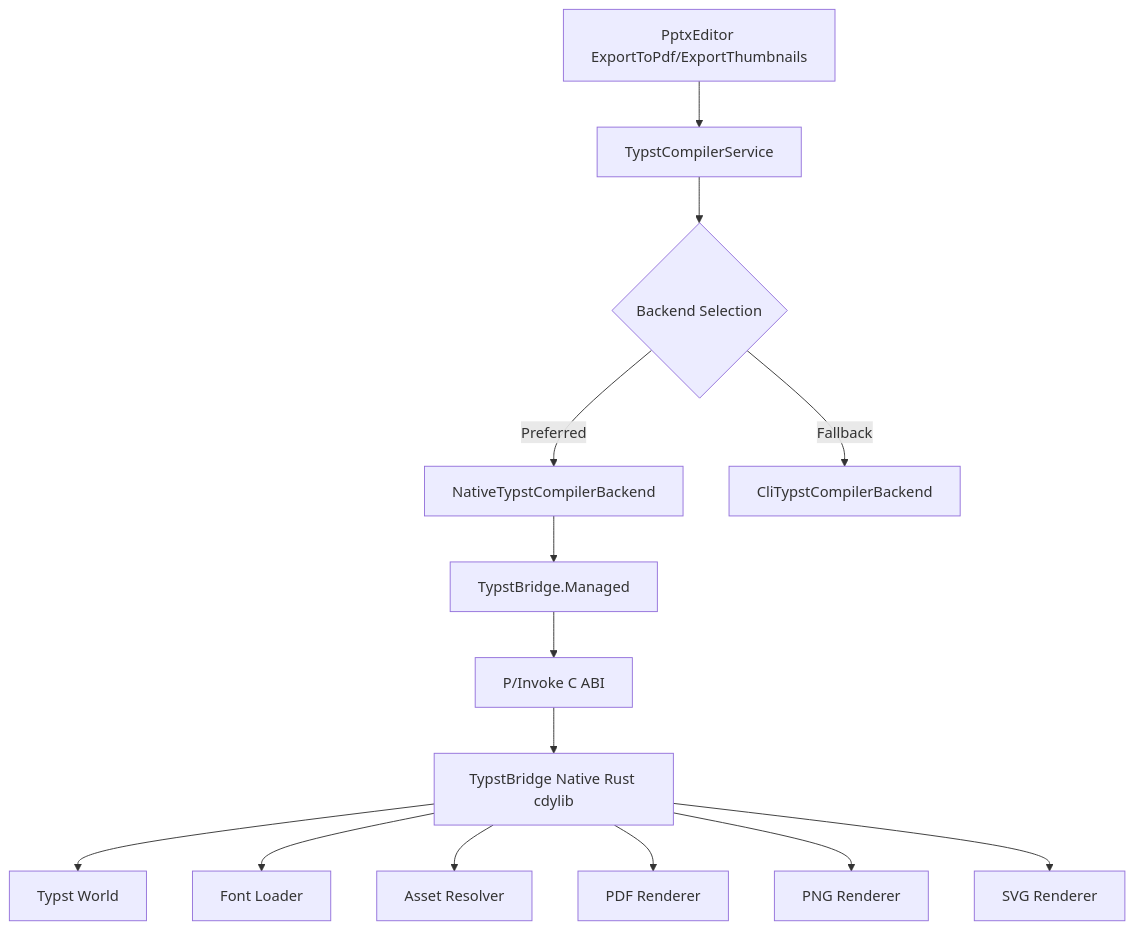
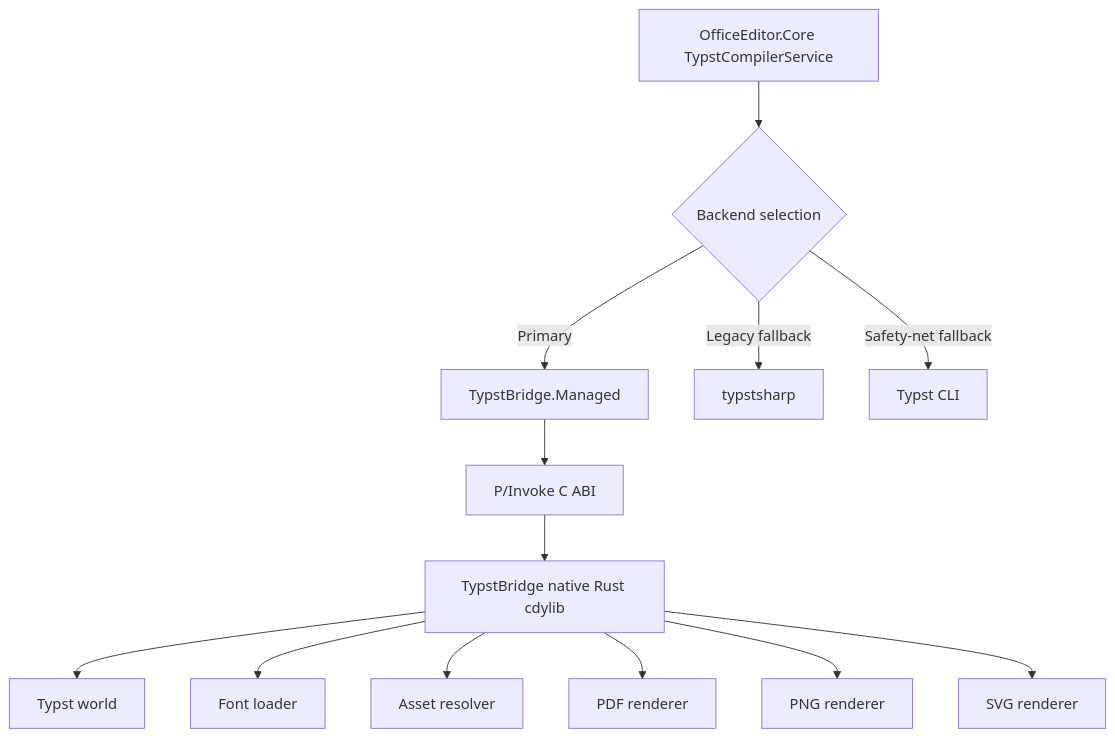
The diagram in TypstBridge/docs/implementation-plan.md (MaximeLeBesnerais/OfficeEditor), drawn with Mermaid before and after one commit. The commit also changed other lines of this file and 2 other files, not shown here.

First line of the commit message:
docs(typstbridge): refresh backend status

````diff
--- a/TypstBridge/docs/implementation-plan.md
+++ b/TypstBridge/docs/implementation-plan.md
@@ -109,16 +63,15 @@
 ```mermaid
 flowchart TD
-    A[PptxEditor ExportToPdf/ExportThumbnails] --> B[TypstCompilerService]
-    B --> C{Backend Selection}
-    C -->|Preferred| D[NativeTypstCompilerBackend]
-    C -->|Fallback| E[CliTypstCompilerBackend]
-    D --> F[TypstBridge.Managed]
-    F --> G[P/Invoke C ABI]
-    G --> H[TypstBridge Native Rust cdylib]
-    H --> I[Typst World]
-    H --> J[Font Loader]
-    H --> K[Asset Resolver]
-    H --> L[PDF Renderer]
-    H --> M[PNG Renderer]
-    H --> N[SVG Renderer]
+    A[OfficeEditor.Core TypstCompilerService] --> B{Backend selection}
+    B -->|Primary| C[TypstBridge.Managed]
+    B -->|Legacy fallback| D[typstsharp]
+    B -->|Safety-net fallback| E[Typst CLI]
+    C --> F[P/Invoke C ABI]
+    F --> G[TypstBridge native Rust cdylib]
+    G --> H[Typst world]
+    G --> I[Font loader]
+    G --> J[Asset resolver]
+    G --> K[PDF renderer]
+    G --> L[PNG renderer]
+    G --> M[SVG renderer]
 ```
````
